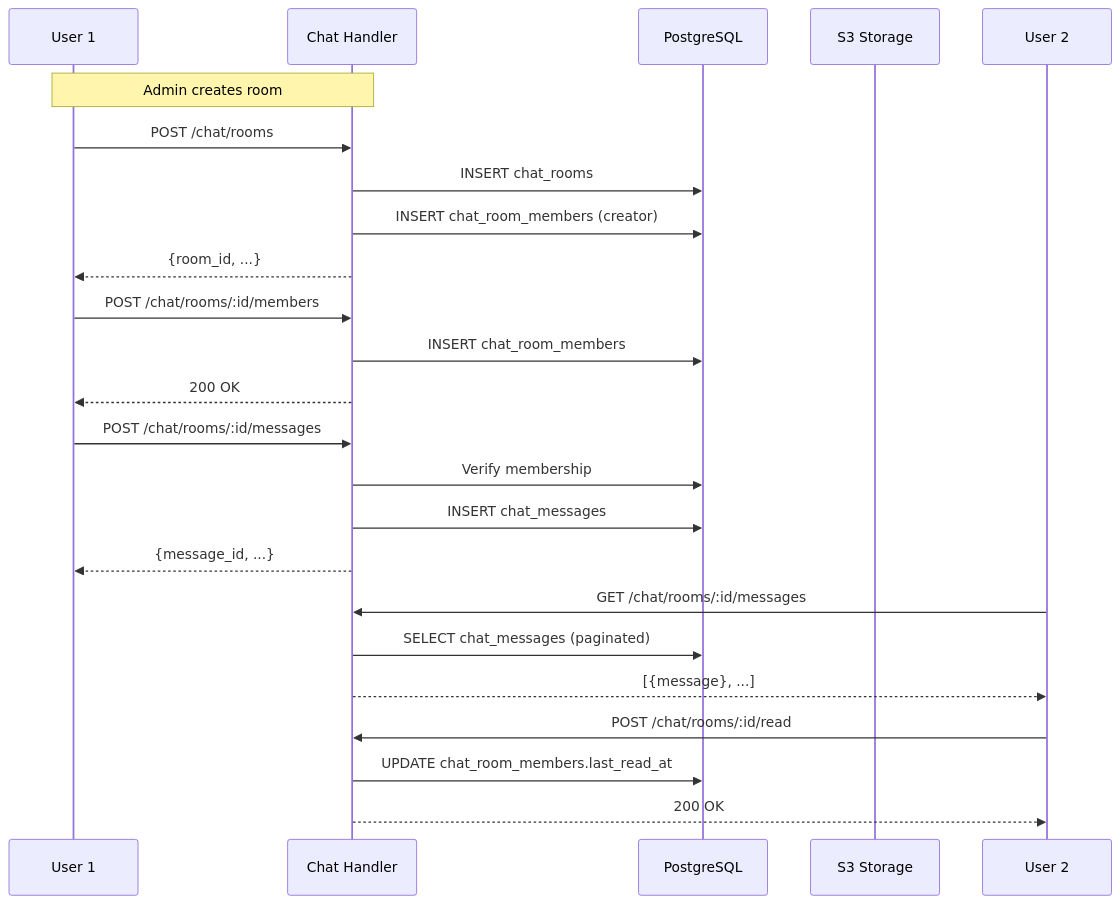
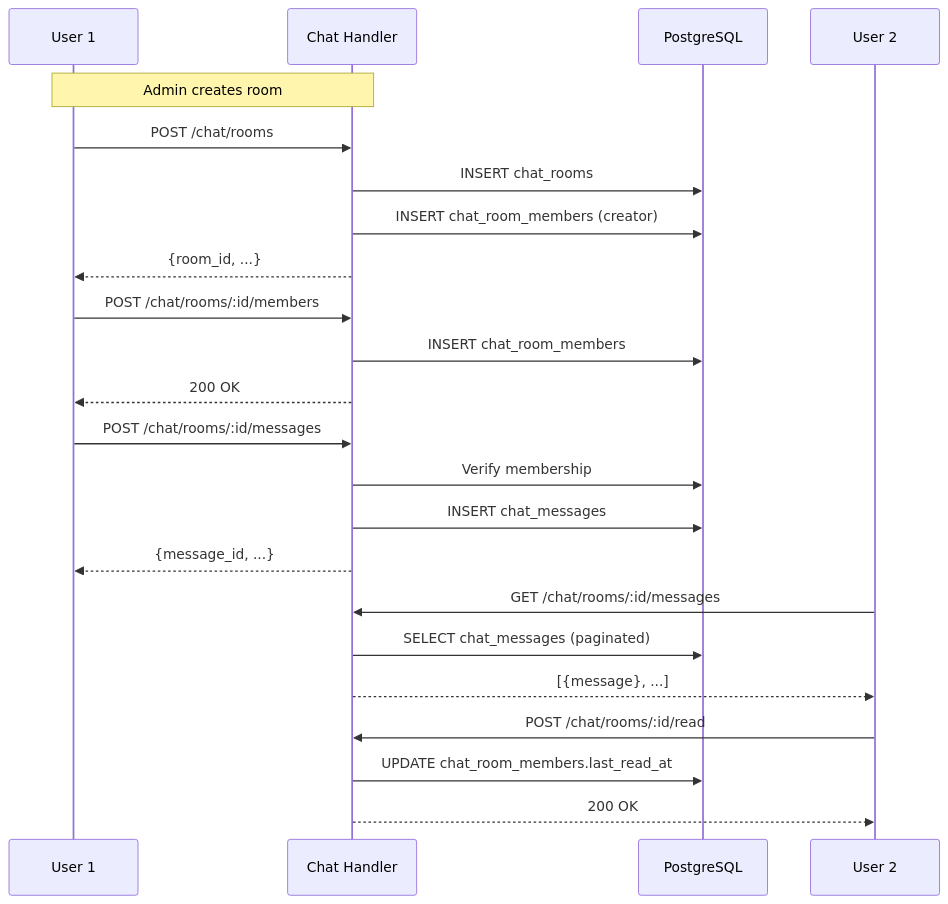
One commit to AlmatJuvashev/phd-students-portal changed the second of 10 diagrams in docs/flow_diagrams.md. Above: the diagram before and after it, drawn with Mermaid. The commit also changed other lines of this file and 20 other files, not shown here.

Commit message:
docs: Add rendered PNG images for flow diagrams

````diff
--- a/docs/flow_diagrams.md
+++ b/docs/flow_diagrams.md
@@ -91,36 +90,30 @@
 ```mermaid
 sequenceDiagram
     participant U1 as User 1
     participant API as Chat Handler
     participant DB as PostgreSQL
-    participant S3 as S3 Storage
     participant U2 as User 2
 
-    %% Room Creation (Admin)
     Note over U1,API: Admin creates room
     U1->>API: POST /chat/rooms
     API->>DB: INSERT chat_rooms
     API->>DB: INSERT chat_room_members (creator)
     API-->>U1: {room_id, ...}
     
-    %% Add Members
     U1->>API: POST /chat/rooms/:id/members
     API->>DB: INSERT chat_room_members
     API-->>U1: 200 OK
     
-    %% Send Message
     U1->>API: POST /chat/rooms/:id/messages
     API->>DB: Verify membership
     API->>DB: INSERT chat_messages
     API-->>U1: {message_id, ...}
     
-    %% List Messages
     U2->>API: GET /chat/rooms/:id/messages
     API->>DB: SELECT chat_messages (paginated)
     API-->>U2: [{message}, ...]
     
-    %% Mark as Read
     U2->>API: POST /chat/rooms/:id/read
     API->>DB: UPDATE chat_room_members.last_read_at
     API-->>U2: 200 OK
 ```
````
